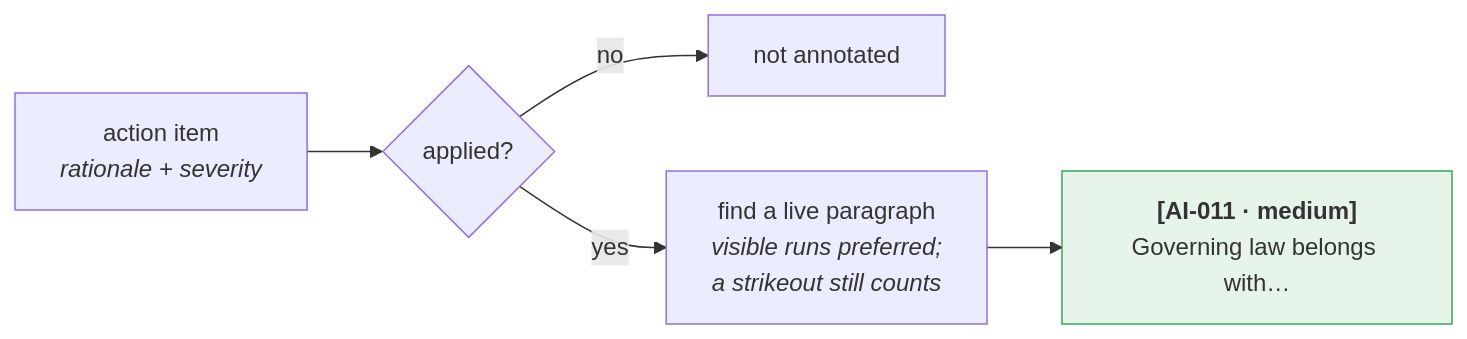
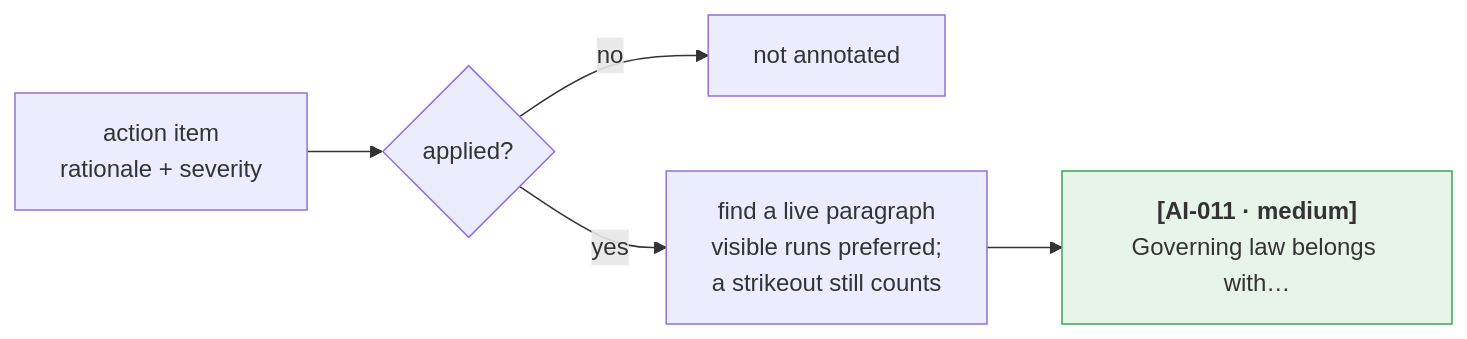
One commit to gh-aswanth/docx_walking changed the fifth of 5 diagrams in docs/04-action-pipeline.md. Above: the diagram before and after it, drawn with Mermaid. The commit also changed other lines of this file, not shown here.

Commit message:
Fix mermaid diagram rendering - use actual line breaks and symbols instead of HTML entities

````diff
--- a/docs/04-action-pipeline.md
+++ b/docs/04-action-pipeline.md
@@ -132,9 +132,9 @@
 ```mermaid
 flowchart LR
-    ITEM["action item<br/><i>rationale + severity</i>"] --> APPLIED{"applied?"}
+    ITEM["action item<br/>rationale + severity"] --> APPLIED{"applied?"}
     APPLIED -->|no| SKIP["not annotated"]
-    APPLIED -->|yes| ANCHOR["find a live paragraph<br/><i>visible runs preferred;<br/>a strikeout still counts</i>"]
+    APPLIED -->|yes| ANCHOR["find a live paragraph<br/>visible runs preferred;<br/>a strikeout still counts"]
     ANCHOR --> CMT["<b>[AI-011 · medium]</b><br/>Governing law belongs with…"]
 
     style CMT fill:#e6f4ea,stroke:#34a853
 ```
````
